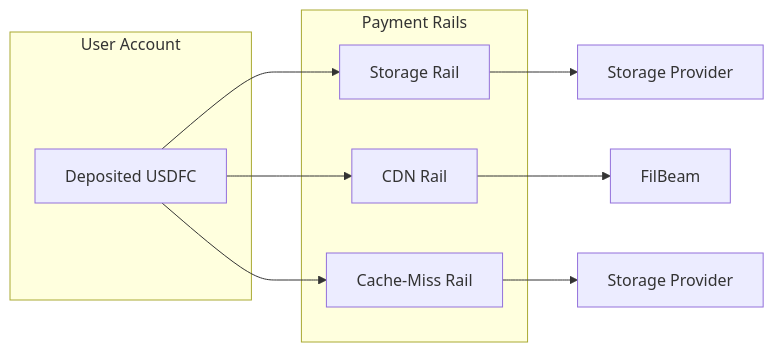
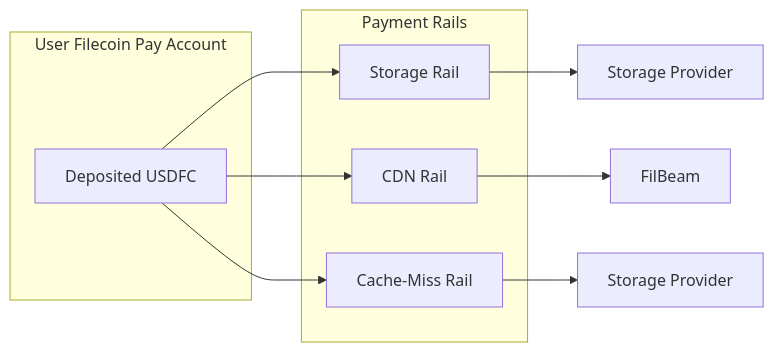
Before and after one commit to filbeam/docs: the first of 5 diagrams in reference/payment-rails.md, drawn with Mermaid. The commit also changed 2 other files, not shown here.

Commit message:
improve explanation docs

````diff
--- a/reference/payment-rails.md
+++ b/reference/payment-rails.md
@@ -41,16 +41,16 @@
 ```mermaid
 flowchart LR
-    subgraph User["User Account"]
+    subgraph User["User Filecoin Pay Account"]
         Funds[Deposited USDFC]
     end
 
     subgraph Rails["Payment Rails"]
         SR[Storage Rail]
         CR[CDN Rail]
         MR[Cache-Miss Rail]
     end
 
     Funds --> SR --> SP1[Storage Provider]
     Funds --> CR --> FB[FilBeam]
     Funds --> MR --> SP2[Storage Provider]
 ```
````
